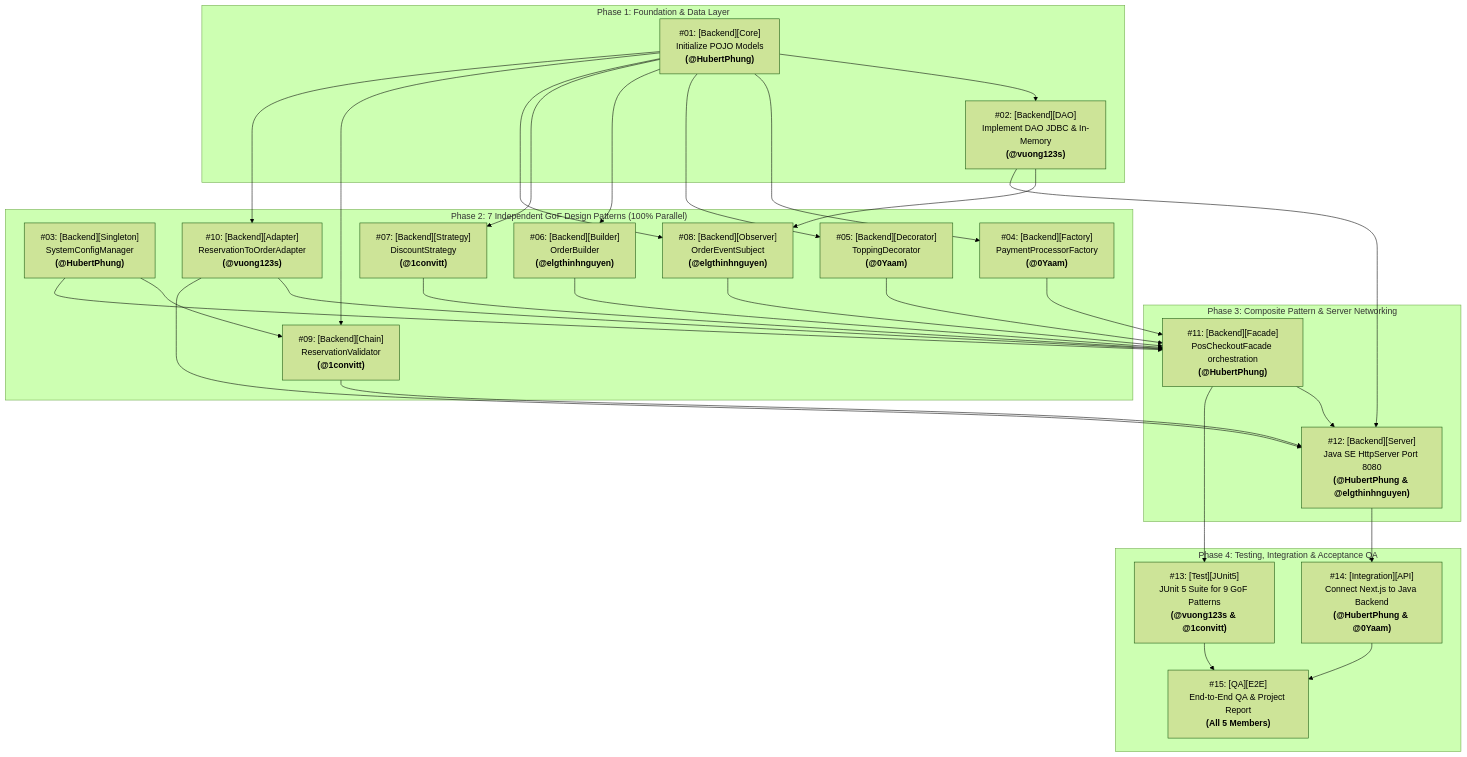
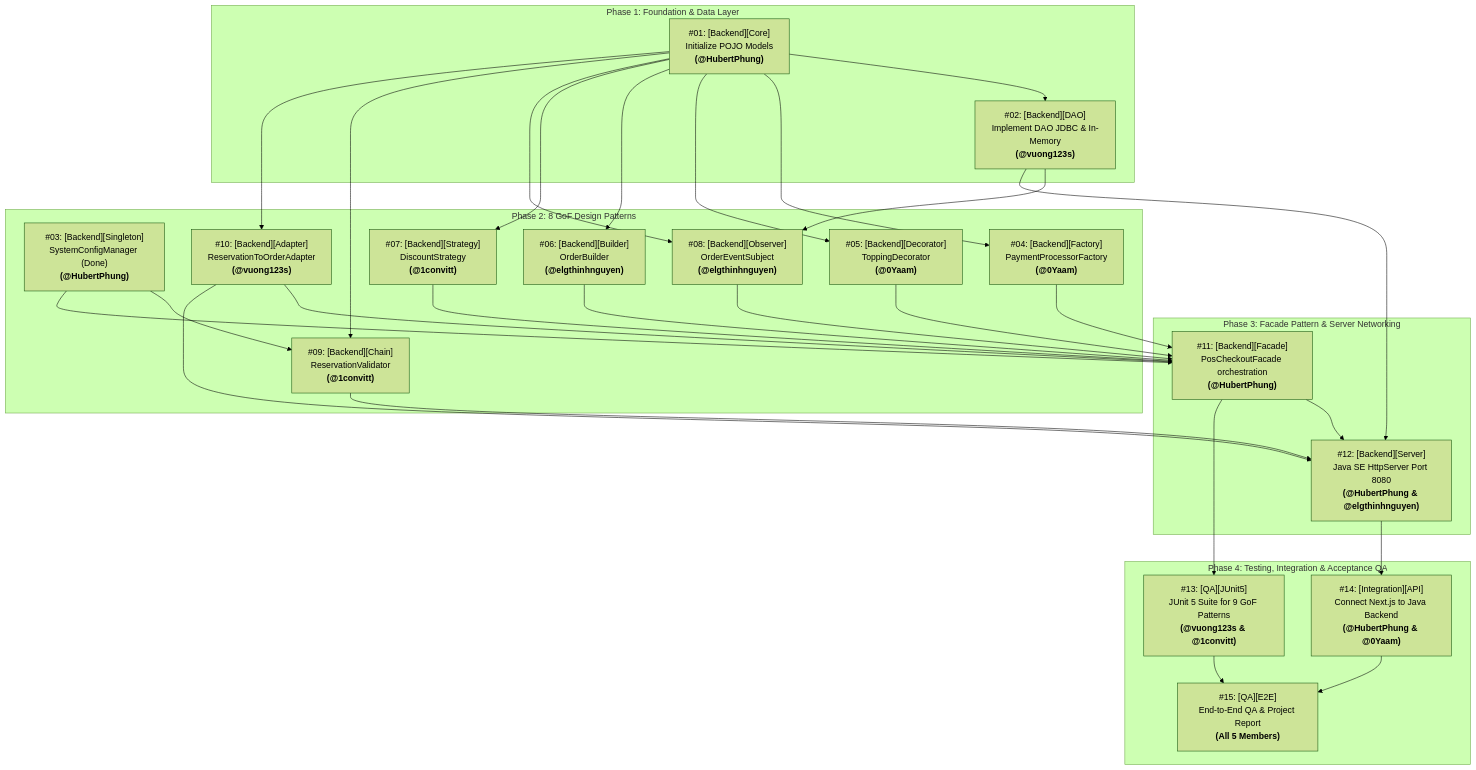
The diagram in docs/ISSUE_EXECUTION_PLAN.md (HubertPhung/WebQuanLyQuanCafe-DesignPatterns), drawn with Mermaid (forest theme) before and after one commit. The commit also changed other lines of this file and 6 other files, not shown here.

Commit message:
docs: synchronize 15-issue backlog, package names, git workflow, and architecture specs

````diff
--- a/docs/ISSUE_EXECUTION_PLAN.md
+++ b/docs/ISSUE_EXECUTION_PLAN.md
@@ -16,59 +16,59 @@
 ```mermaid
 flowchart TD
     subgraph Phase_1 ["Phase 1: Foundation & Data Layer"]
         I01["#01: [Backend][Core]<br/>Initialize POJO Models<br/><b>(@HubertPhung)</b>"]
         I02["#02: [Backend][DAO]<br/>Implement DAO JDBC & In-Memory<br/><b>(@vuong123s)</b>"]
         I01 --> I02
     end
 
-    subgraph Phase_2 ["Phase 2: 7 Independent GoF Design Patterns (100% Parallel)"]
-        I03["#03: [Backend][Singleton]<br/>SystemConfigManager<br/><b>(@HubertPhung)</b>"]
+    subgraph Phase_2 ["Phase 2: 8 GoF Design Patterns"]
+        I03["#03: [Backend][Singleton]<br/>SystemConfigManager (Done)<br/><b>(@HubertPhung)</b>"]
         I04["#04: [Backend][Factory]<br/>PaymentProcessorFactory<br/><b>(@0Yaam)</b>"]
         I05["#05: [Backend][Decorator]<br/>ToppingDecorator<br/><b>(@0Yaam)</b>"]
         I06["#06: [Backend][Builder]<br/>OrderBuilder<br/><b>(@elgthinhnguyen)</b>"]
         I07["#07: [Backend][Strategy]<br/>DiscountStrategy<br/><b>(@1convitt)</b>"]
         I08["#08: [Backend][Observer]<br/>OrderEventSubject<br/><b>(@elgthinhnguyen)</b>"]
         I09["#09: [Backend][Chain]<br/>ReservationValidator<br/><b>(@1convitt)</b>"]
         I10["#10: [Backend][Adapter]<br/>ReservationToOrderAdapter<br/><b>(@vuong123s)</b>"]
     end
 
-    subgraph Phase_3 ["Phase 3: Composite Pattern & Server Networking"]
+    subgraph Phase_3 ["Phase 3: Facade Pattern & Server Networking"]
         I11["#11: [Backend][Facade]<br/>PosCheckoutFacade orchestration<br/><b>(@HubertPhung)</b>"]
         I12["#12: [Backend][Server]<br/>Java SE HttpServer Port 8080<br/><b>(@HubertPhung & @elgthinhnguyen)</b>"]
     end
 
     subgraph Phase_4 ["Phase 4: Testing, Integration & Acceptance QA"]
-        I13["#13: [Test][JUnit5]<br/>JUnit 5 Suite for 9 GoF Patterns<br/><b>(@vuong123s & @1convitt)</b>"]
+        I13["#13: [QA][JUnit5]<br/>JUnit 5 Suite for 9 GoF Patterns<br/><b>(@vuong123s & @1convitt)</b>"]
         I14["#14: [Integration][API]<br/>Connect Next.js to Java Backend<br/><b>(@HubertPhung & @0Yaam)</b>"]
         I15["#15: [QA][E2E]<br/>End-to-End QA & Project Report<br/><b>(All 5 Members)</b>"]
     end
 
     %% Dependencies
     I01 --> I04
     I01 --> I05
     I01 --> I06
     I01 --> I07
     I01 --> I08
     I01 --> I09
     I01 --> I10
     I02 --> I08
     I03 --> I09
 
     I03 --> I11
     I04 --> I11
     I05 --> I11
     I06 --> I11
     I07 --> I11
     I08 --> I11
     I10 --> I11
 
     I02 --> I12
     I09 --> I12
     I10 --> I12
     I11 --> I12
 
     I11 --> I13
     I12 --> I14
     I13 --> I15
     I14 --> I15
 ```
````
